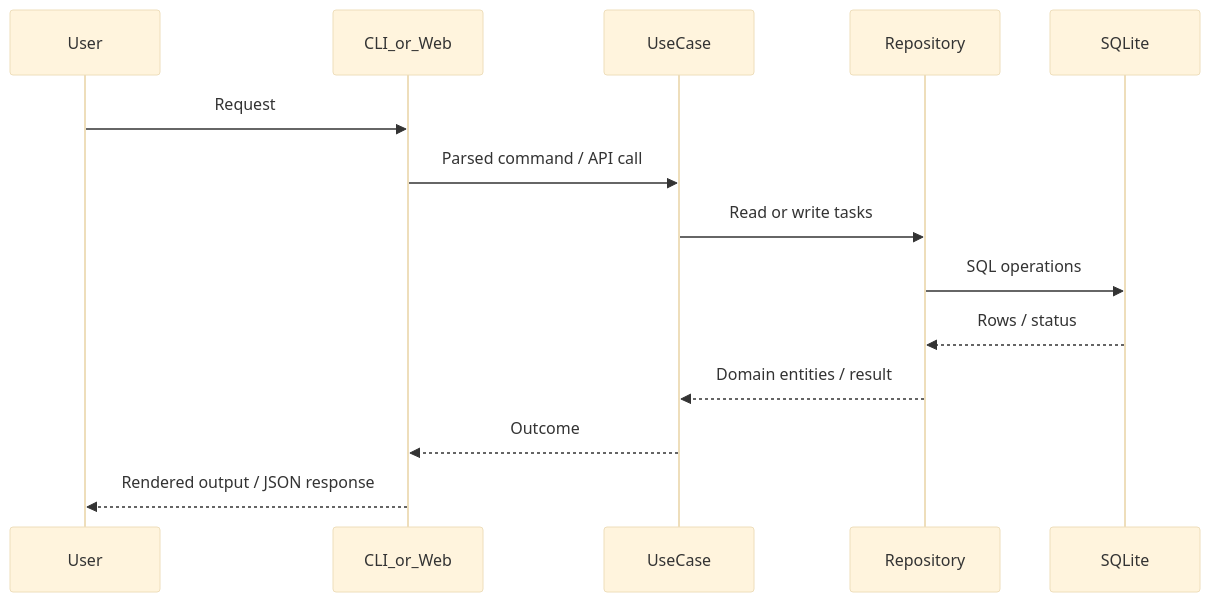
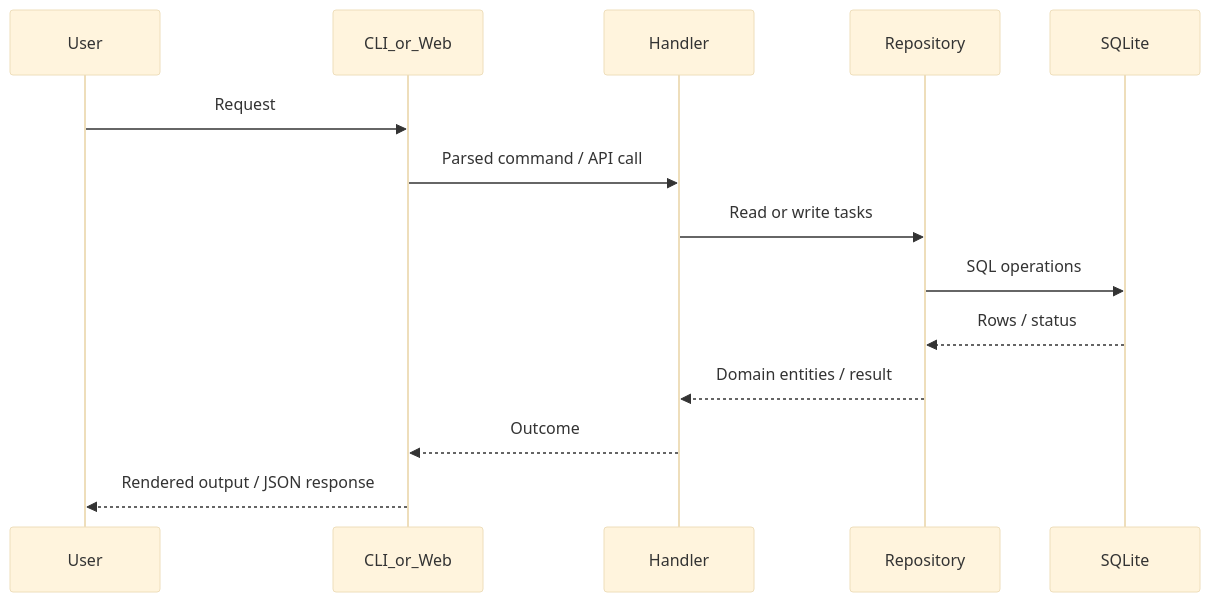
The second of 3 diagrams in docs/ARCHITECTURE.md (razbuild/raztodo), drawn with Mermaid (base theme) before and after one commit. The commit also changed other lines of this file, not shown here.

Commit message:
docs: update architecture documentation

````diff
--- a/docs/ARCHITECTURE.md
+++ b/docs/ARCHITECTURE.md
@@ -45,16 +45,16 @@
 ```mermaid
 sequenceDiagram
     participant User
     participant CLI_or_Web
-    participant UseCase
+    participant Handler
     participant Repository
     participant SQLite
     User->>CLI_or_Web: Request
-    CLI_or_Web->>UseCase: Parsed command / API call
-    UseCase->>Repository: Read or write tasks
+    CLI_or_Web->>Handler: Parsed command / API call
+    Handler->>Repository: Read or write tasks
     Repository->>SQLite: SQL operations
     SQLite-->>Repository: Rows / status
-    Repository-->>UseCase: Domain entities / result
-    UseCase-->>CLI_or_Web: Outcome
+    Repository-->>Handler: Domain entities / result
+    Handler-->>CLI_or_Web: Outcome
     CLI_or_Web-->>User: Rendered output / JSON response
 ```
````
